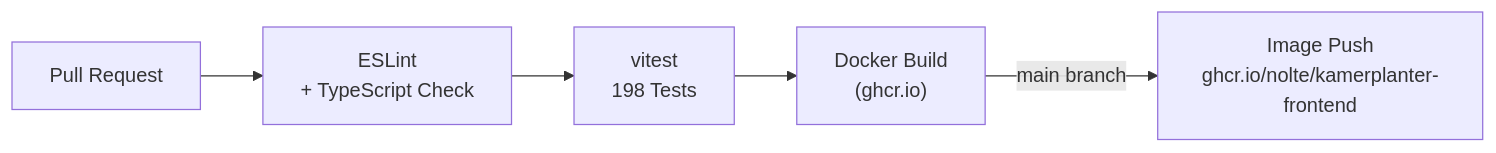
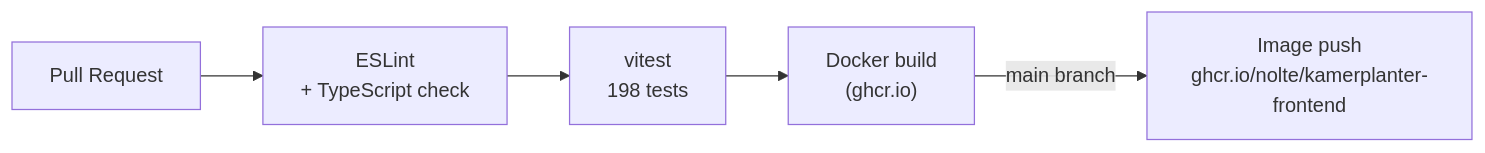
The third of 4 diagrams in docs/de/architecture/infrastructure.md (nolte/kamerplanter), drawn with Mermaid before and after one commit. The commit also changed other lines of this file and 44 other files, not shown here.

First line of the commit message:
docs: make all Mermaid diagrams spec-compliant (repo-wide sweep)

````diff
--- a/docs/de/architecture/infrastructure.md
+++ b/docs/de/architecture/infrastructure.md
@@ -260,7 +263,7 @@
 ```mermaid
-graph LR
-    PR["Pull Request"] --> ESLINT["ESLint\n+ TypeScript Check"]
-    ESLINT --> TEST["vitest\n198 Tests"]
-    TEST --> BUILD["Docker Build\n(ghcr.io)"]
-    BUILD -->|"main branch"| PUSH["Image Push\nghcr.io/nolte/kamerplanter-frontend"]
+flowchart LR
+    PR["Pull Request"] --> ESLINT["ESLint<br/>+ TypeScript check"]
+    ESLINT --> TEST["vitest<br/>198 tests"]
+    TEST --> BUILD["Docker build<br/>(ghcr.io)"]
+    BUILD -->|"main branch"| PUSH["Image push<br/>ghcr.io/nolte/kamerplanter-frontend"]
 ```
````
